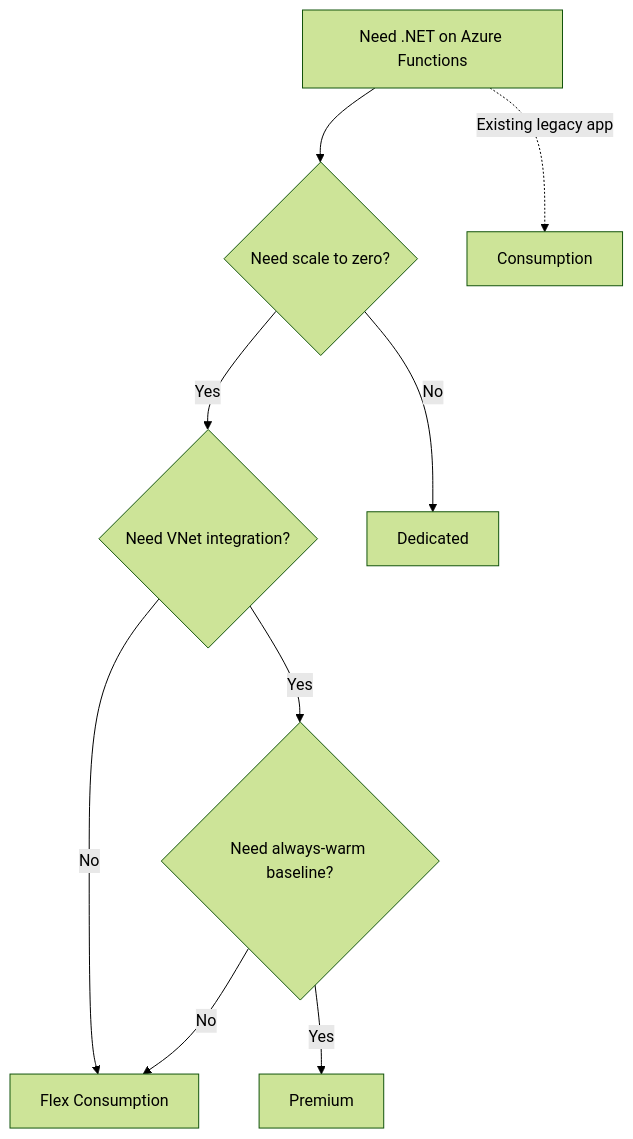
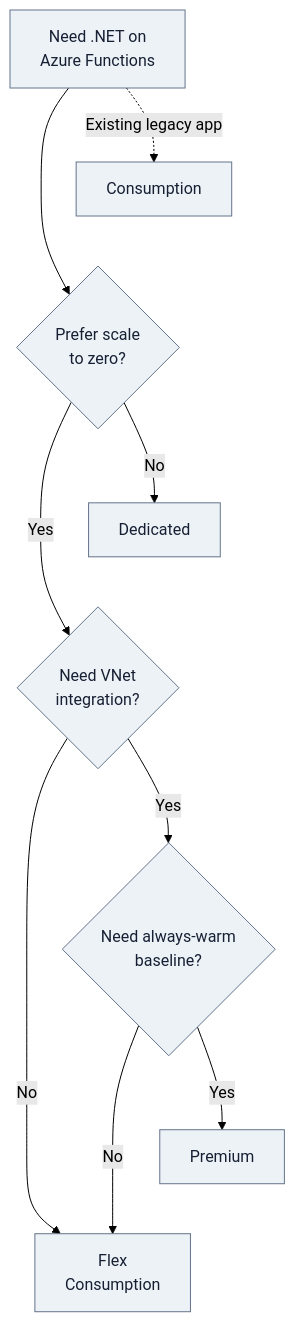
One commit to yeongseon/azure-functions-practical-guide changed the diagram in docs/language-guides/dotnet/tutorial/index.md. Above: the diagram before and after it, drawn with Mermaid (forest theme). The commit also changed other lines of this file and 1 other file, not shown here.

Commit message:
docs(diagrams): improve .NET plan selector readability (#482)
* docs(diagrams): improve .NET plan selector readability

Preserve all labelled decisions and tutorial links while qualifying plan trade-offs.

Refs #306

* docs(diagrams): express scale-to-zero as a preference

Align the .NET plan selector question with its qualified recommendation
without changing any node IDs, branches or tutorial outcomes.

Refs #306

````diff
--- a/docs/language-guides/dotnet/tutorial/index.md
+++ b/docs/language-guides/dotnet/tutorial/index.md
@@ -25,16 +26,25 @@
 ```mermaid
 flowchart TD
-    Start[Need .NET on Azure Functions] --> Q1{Need scale to zero?}
-    Q1 -->|Yes| Q2{Need VNet integration?}
+    accTitle: Choose a .NET tutorial hosting plan
+    accDescr: Illustrative tutorial-track recommendations, not exclusive plan capabilities or a strict scale-to-zero constraint. Start with the scale-to-zero preference, then the VNet and warm-baseline questions; retain the separate existing-legacy-app path. Read the trade-offs below before choosing a plan.
+    Start["Need .NET on<br/>Azure Functions"] --> Q1{"Prefer scale<br/>to zero?"}
+    Q1 -->|Yes| Q2{"Need VNet<br/>integration?"}
     Q1 -->|No| DEDI[Dedicated]
-    Q2 -->|No| FLEX[Flex Consumption]
+    Q2 -->|No| FLEX["Flex<br/>Consumption"]
     Start -.->|Existing legacy app| CONS[Consumption]
-    Q2 -->|Yes| Q3{Need always-warm baseline?}
+    Q2 -->|Yes| Q3{"Need always-warm<br/>baseline?"}
     Q3 -->|Yes| PREM[Premium]
     Q3 -->|No| FLEX
+
+    %% Layout-only links tier alternatives; they add no decisions or semantic arrows.
+    CONS ~~~ Q1
+    DEDI ~~~ Q2
+    PREM ~~~ FLEX
+    classDef neutral fill:#edf2f7,stroke:#64748b,color:#172033
+    class Start,Q1,Q2,Q3,DEDI,FLEX,CONS,PREM neutral
 
     click CONS "consumption/01-local-run/"
     click FLEX "flex-consumption/01-local-run/"
     click PREM "premium/01-local-run/"
     click DEDI "dedicated/01-local-run/"
 ```
````
